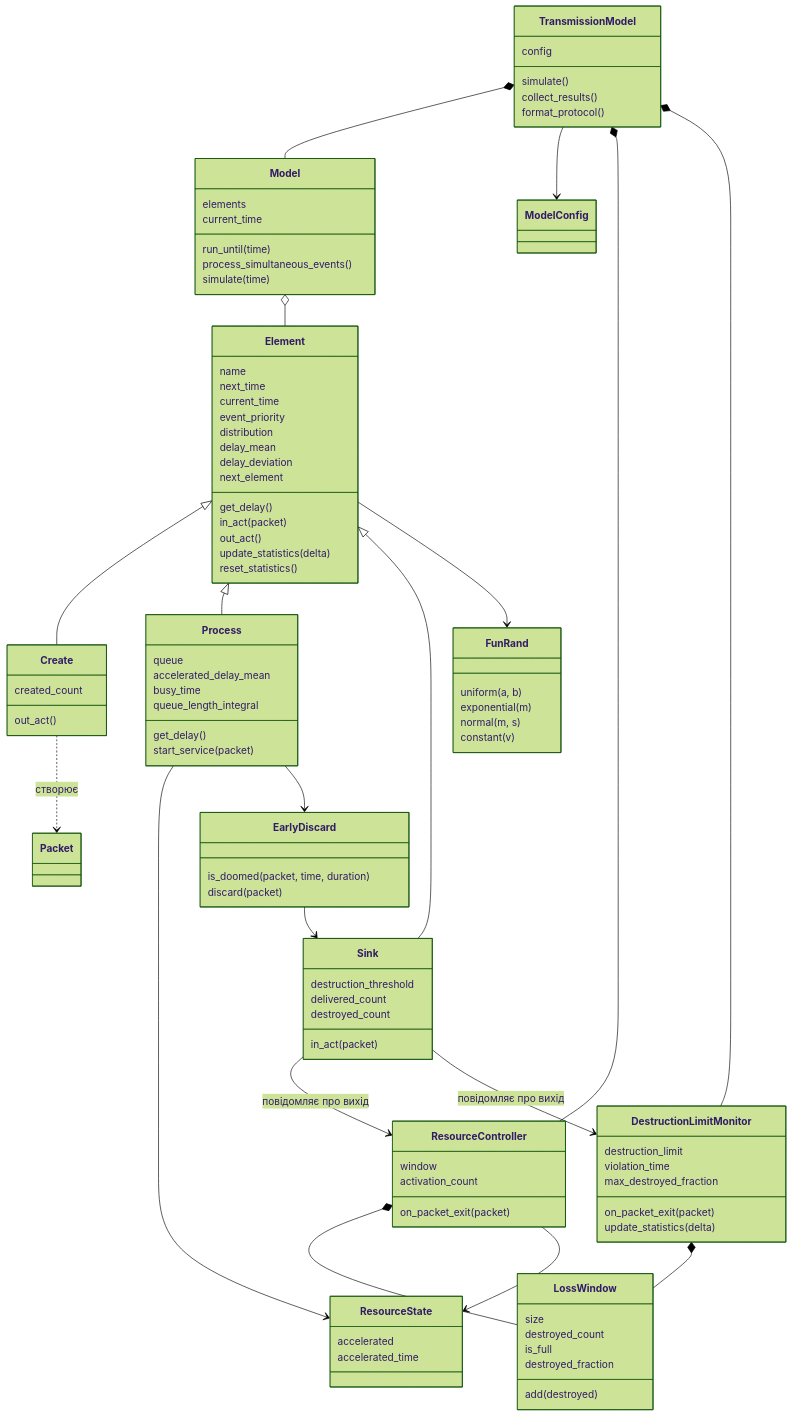
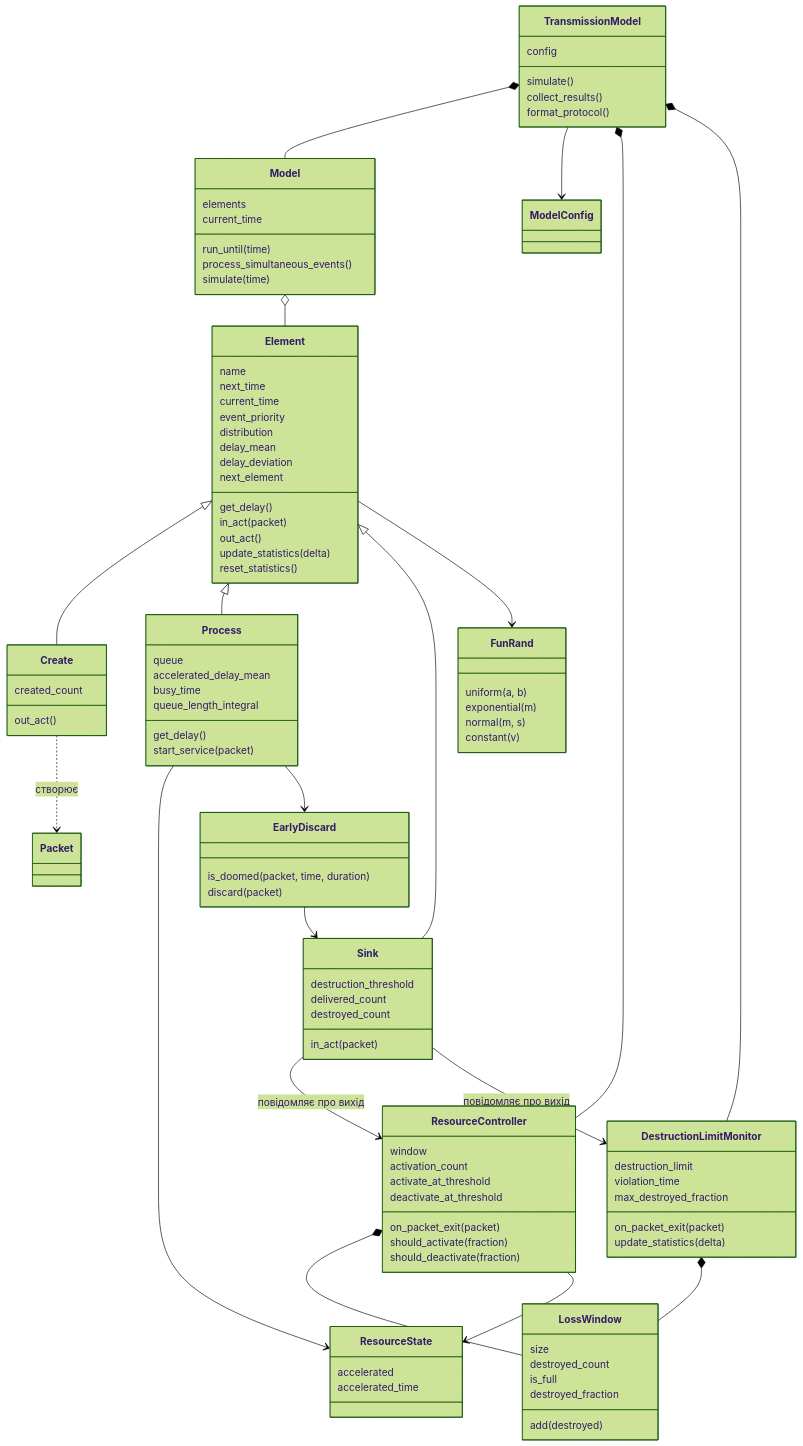
One commit to NataliaHarashchuk/Computer-modeling-of-discrete-event-systems-coursework changed the diagram in README.md. Above: the diagram before and after it, drawn with Mermaid (forest theme). The commit also changed other lines of this file and 14 other files, not shown here.

```diff
--- a/README.md
+++ b/README.md
@@ -124,7 +128,11 @@
     class ResourceController {
         window
         activation_count
+        activate_at_threshold
+        deactivate_at_threshold
         on_packet_exit(packet)
+        should_activate(fraction)
+        should_deactivate(fraction)
     }
     class LossWindow {
         size
```
